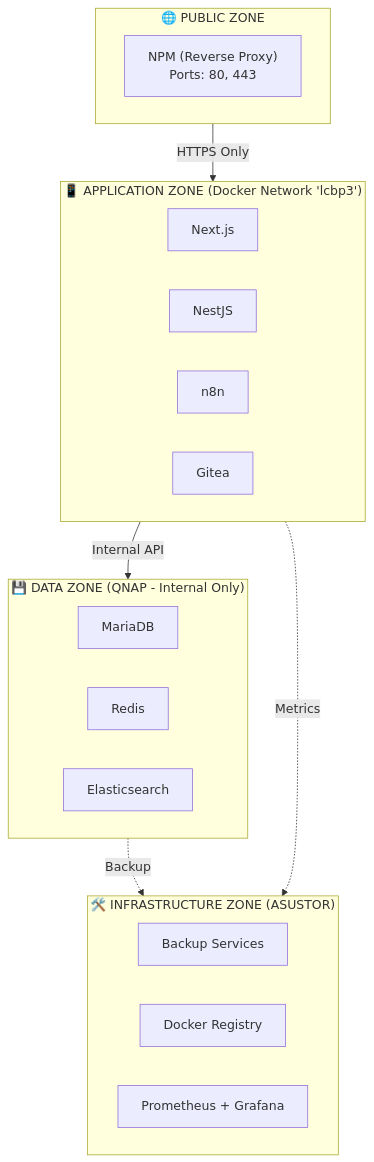
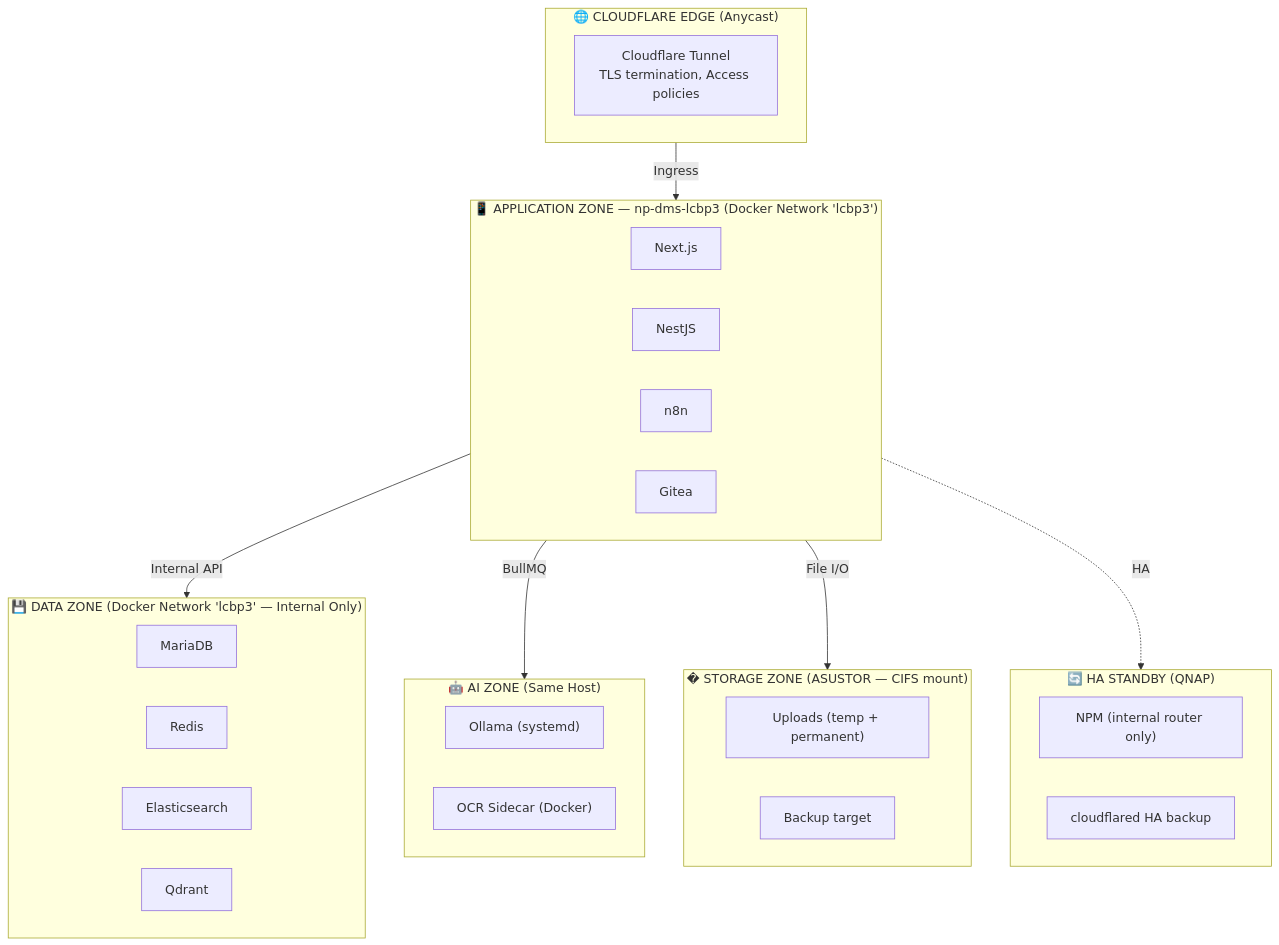
The fifth of 7 diagrams in ARCHITECTURE.md (peancharoen/lcbp3), drawn with Mermaid before and after one commit. The commit also changed other lines of this file and 147 other files, not shown here.

````diff
--- a/ARCHITECTURE.md
+++ b/ARCHITECTURE.md
@@ -252,30 +277,41 @@
 ```mermaid
 flowchart TB
-    subgraph PublicZone["🌐 PUBLIC ZONE"]
-        NPM["NPM (Reverse Proxy)<br/>Ports: 80, 443"]
+    subgraph EdgeZone["🌐 CLOUDFLARE EDGE (Anycast)"]
+        CF["Cloudflare Tunnel<br/>TLS termination, Access policies"]
     end
 
-    subgraph AppZone["📱 APPLICATION ZONE (Docker Network 'lcbp3')"]
+    subgraph AppZone["📱 APPLICATION ZONE — np-dms-lcbp3 (Docker Network 'lcbp3')"]
         Frontend["Next.js"]
         Backend["NestJS"]
         N8N["n8n"]
         Gitea["Gitea"]
     end
 
-    subgraph DataZone["💾 DATA ZONE (QNAP - Internal Only)"]
+    subgraph DataZone["💾 DATA ZONE (Docker Network 'lcbp3' — Internal Only)"]
         MariaDB["MariaDB"]
         Redis["Redis"]
         ES["Elasticsearch"]
+        Qdrant["Qdrant"]
     end
 
-    subgraph InfraZone["🛠️ INFRASTRUCTURE ZONE (ASUSTOR)"]
-        Backup["Backup Services"]
-        Registry["Docker Registry"]
-        Monitoring["Prometheus + Grafana"]
+    subgraph AIZone["🤖 AI ZONE (Same Host)"]
+        Ollama["Ollama (systemd)"]
+        OCR["OCR Sidecar (Docker)"]
     end
 
-    PublicZone -->|HTTPS Only| AppZone
+    subgraph StorageZone["� STORAGE ZONE (ASUSTOR — CIFS mount)"]
+        Uploads["Uploads (temp + permanent)"]
+        Backup["Backup target"]
+    end
+
+    subgraph HAZone["🔄 HA STANDBY (QNAP)"]
+        NPM["NPM (internal router only)"]
+        CFHA["cloudflared HA backup"]
+    end
+
+    EdgeZone -->|Ingress| AppZone
     AppZone -->|Internal API| DataZone
-    DataZone -.->|Backup| InfraZone
-    AppZone -.->|Metrics| InfraZone
+    AppZone -->|BullMQ| AIZone
+    AppZone -->|File I/O| StorageZone
+    AppZone -.->|HA| HAZone
 ```
````
